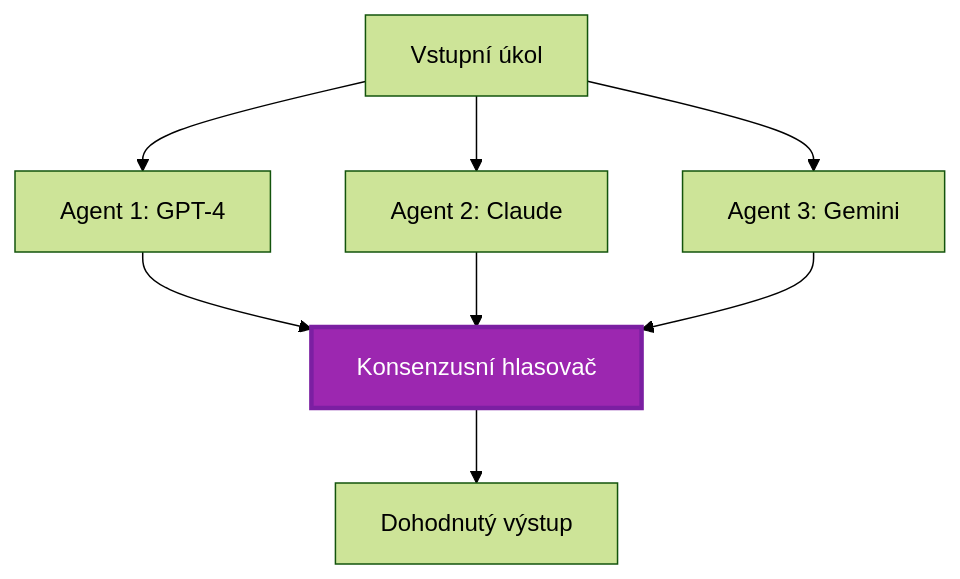
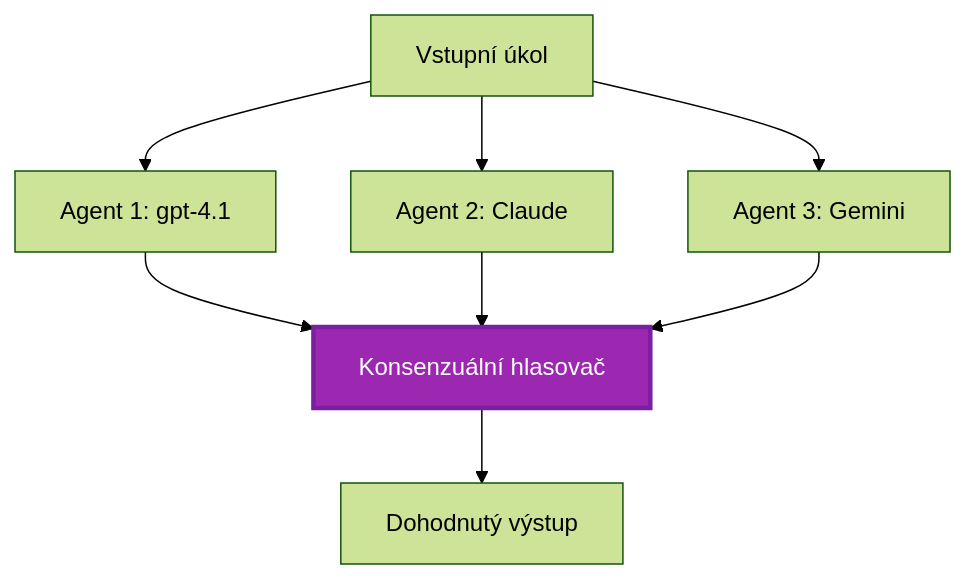
The fifth of 6 diagrams in translations/cs/docs/chapter-06-pre-deployment/coordination-patterns.md (microsoft/AZD-for-beginners), drawn with Mermaid (forest theme) before and after one commit. The commit also changed other lines of this file and 101 other files, not shown here.

````diff
--- a/translations/cs/docs/chapter-06-pre-deployment/coordination-patterns.md
+++ b/translations/cs/docs/chapter-06-pre-deployment/coordination-patterns.md
@@ -231,19 +225,19 @@
 ```mermaid
 graph TB
     Input[Vstupní úkol]
-    Agent1[Agent 1: GPT-4]
+    Agent1[Agent 1: gpt-4.1]
     Agent2[Agent 2: Claude]
     Agent3[Agent 3: Gemini]
-    Voter[Konsenzusní hlasovač]
+    Voter[Konsenzuální hlasovač]
     Output[Dohodnutý výstup]
     
     Input --> Agent1
     Input --> Agent2
     Input --> Agent3
     Agent1 --> Voter
     Agent2 --> Voter
     Agent3 --> Voter
     Voter --> Output
     
     style Voter fill:#9C27B0,stroke:#7B1FA2,stroke-width:3px,color:#fff
 ```
````
